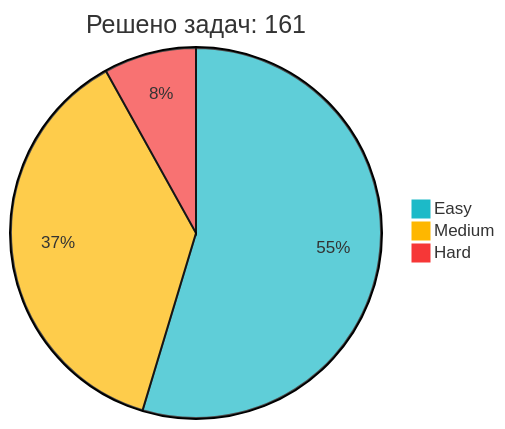
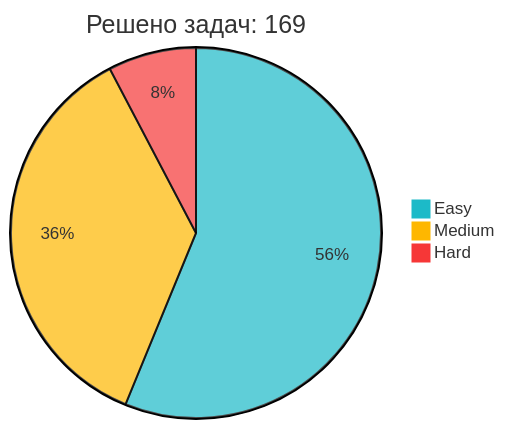
The diagram in README.md (IliaKurdukov/IliaKurdukov), drawn with Mermaid before and after one commit. The commit also changed other lines of this file, not shown here.

Commit message:
📈 Обновление статистики LeetCode

````diff
--- a/README.md
+++ b/README.md
@@ -51,7 +51,7 @@
 ```mermaid
 %%{init: {'theme': 'base', 'themeVariables': { 'pie1': '#1CBAC8', 'pie2': '#FEB700', 'pie3': '#F63737' }, 'config': {'width': 300, 'height': 200}}}%%
-pie title Решено задач: 161
-   "Easy" : 88
-   "Medium" : 60
+pie title Решено задач: 169
+   "Easy" : 95
+   "Medium" : 61
    "Hard" : 13
 ```
````
